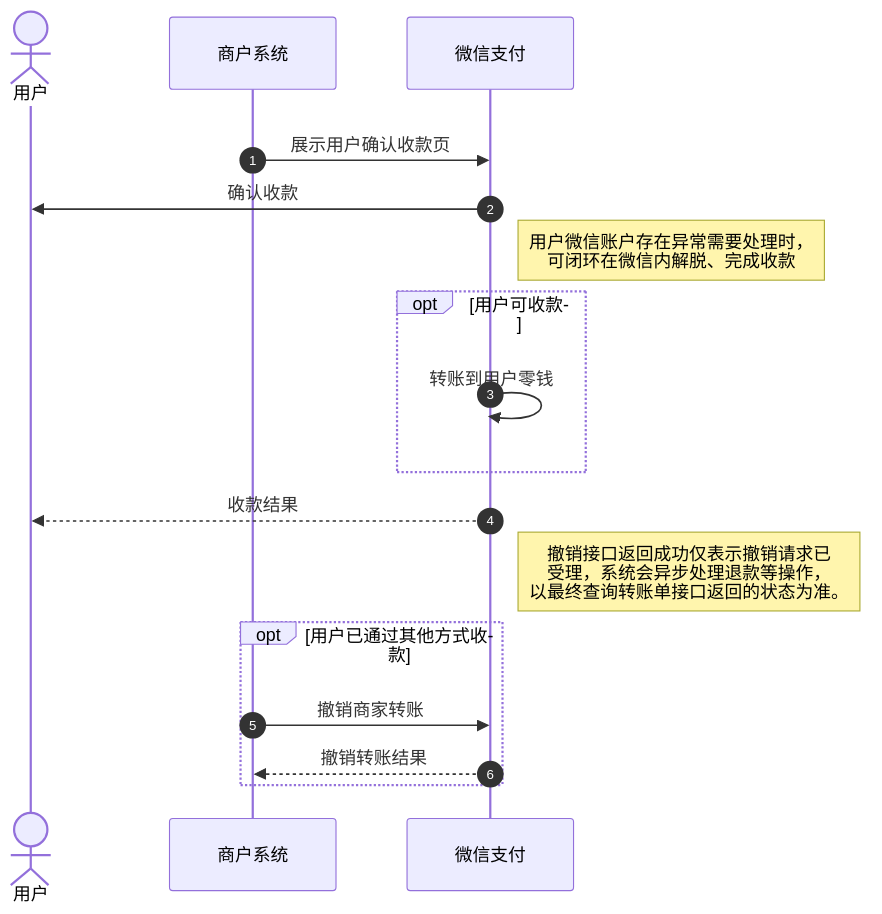
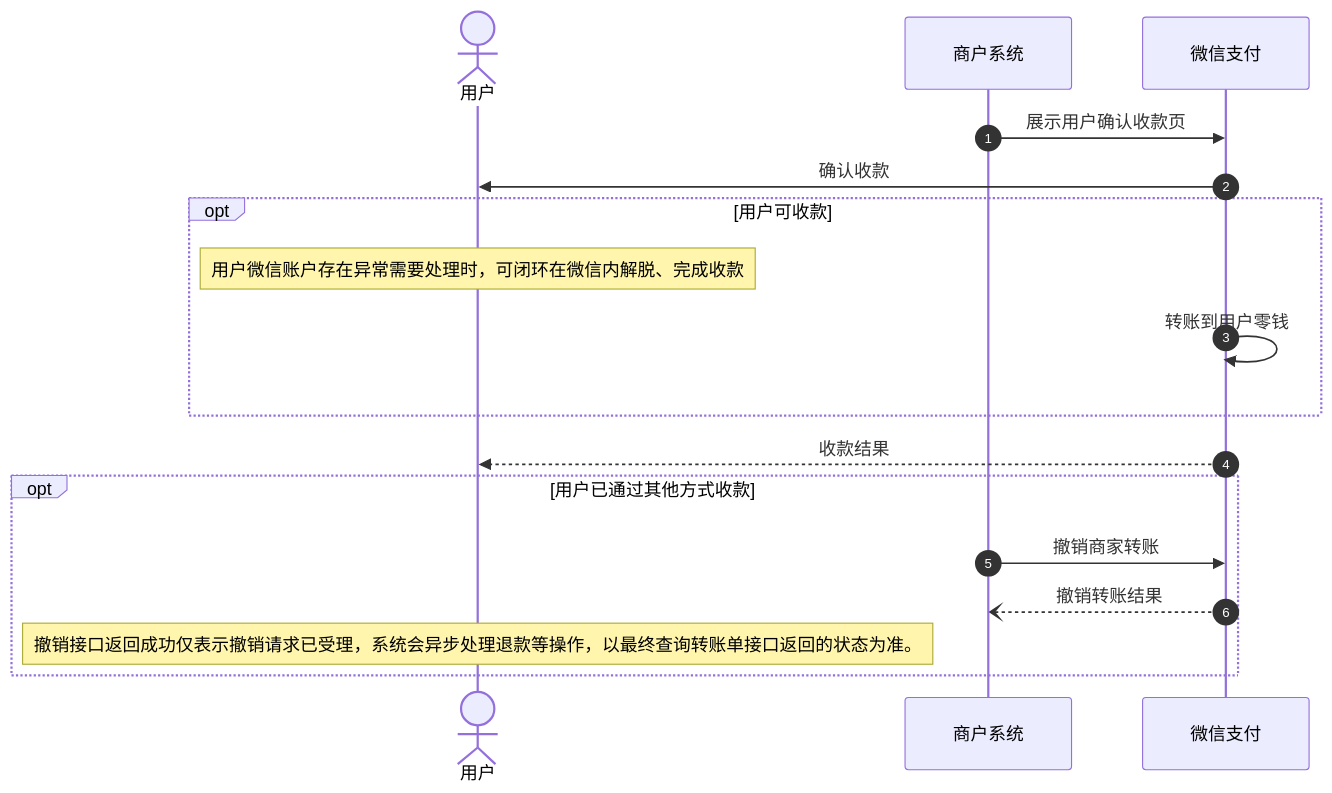
The third of 9 diagrams in docs/merchant/pages/4012715211.md (minibear2021/wechatpay_docs), drawn with Mermaid before and after one commit. The commit also changed other lines of this file and 46 other files, not shown here.

````diff
--- a/docs/merchant/pages/4012715211.md
+++ b/docs/merchant/pages/4012715211.md
@@ -105,27 +115,19 @@
 ```mermaid
 sequenceDiagram
-    rect rgb(255,255,255)
-        autonumber
-        actor User as 用户
-        participant Mch as 商户系统
-        participant WxPay as 微信支付
-
-        Mch->>WxPay: 展示用户确认收款页
-        WxPay->>User: 确认收款
-		Note right of WxPay: 用户微信账户存在异常需要处理时，<br>可闭环在微信内解脱、完成收款
-        opt 用户可收款
-            WxPay->>WxPay: 转账到用户零钱
-        end
-
-        WxPay-->>User: 收款结果
-		Note right of WxPay: 撤销接口返回成功仅表示撤销请求已<br>受理，系统会异步处理退款等操作，<br>以最终查询转账单接口返回的状态为准。
-        opt 用户已通过其他方式收款
-            Mch->>WxPay: 撤销商家转账
-            WxPay-->>Mch: 撤销转账结果
-        end
-
-
-
-
-    end
+  autonumber
+  actor p0 as 用户
+  participant p1 as 商户系统
+  participant p2 as 微信支付
+  p1->>p2: 展示用户确认收款页
+  p2->>p0: 确认收款
+  opt 用户可收款
+    Note over p0: 用户微信账户存在异常需要处理时，可闭环在微信内解脱、完成收款
+    p2->>p2: 转账到用户零钱
+  end
+  p2-->>p0: 收款结果
+  opt 用户已通过其他方式收款
+    p1->>p2: 撤销商家转账
+    p2--)p1: 撤销转账结果
+    Note over p0: 撤销接口返回成功仅表示撤销请求已受理，系统会异步处理退款等操作，以最终查询转账单接口返回的状态为准。
+  end
 ```
````
